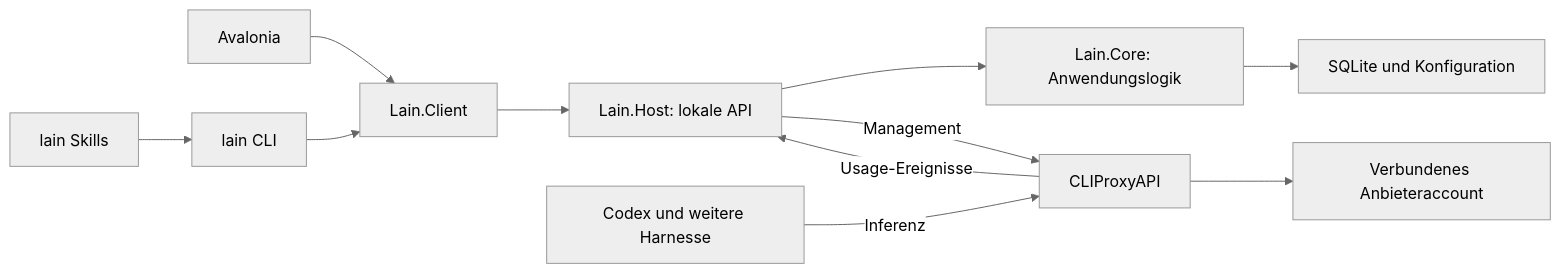
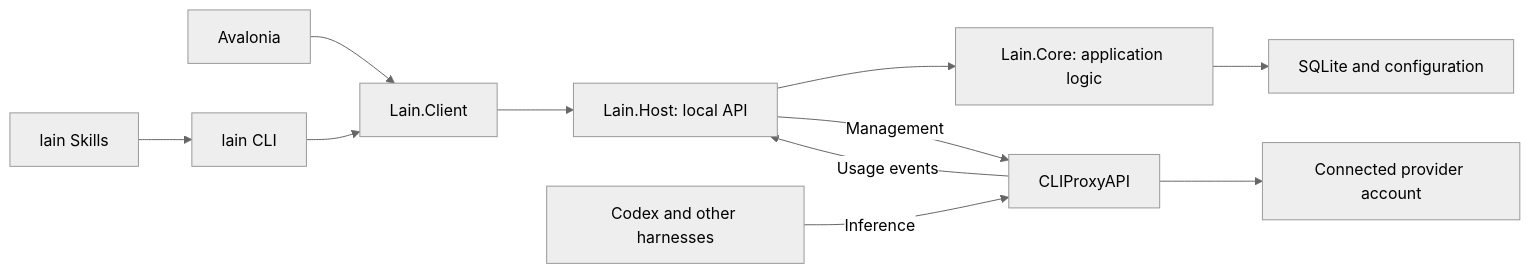
One commit to grassmann-it/lain changed the diagram in docs/architecture.md. Above: the diagram before and after it, drawn with Mermaid (neutral theme). The commit also changed other lines of this file and 87 other files, not shown here.

````diff
--- a/docs/architecture.md
+++ b/docs/architecture.md
@@ -43,13 +41,13 @@
 ```mermaid
 flowchart LR
   UI[Avalonia] --> Client[Lain.Client]
   Skill[lain Skills] --> CLI[lain CLI]
   CLI --> Client
-  Client --> Host[Lain.Host: lokale API]
-  Host --> Core[Lain.Core: Anwendungslogik]
-  Core --> Store[SQLite und Konfiguration]
+  Client --> Host[Lain.Host: local API]
+  Host --> Core[Lain.Core: application logic]
+  Core --> Store[SQLite and configuration]
   Host -->|Management| Proxy[CLIProxyAPI]
-  Proxy -->|Usage-Ereignisse| Host
-  Harness[Codex und weitere Harnesse] -->|Inferenz| Proxy
-  Proxy --> Provider[Verbundenes Anbieteraccount]
+  Proxy -->|Usage events| Host
+  Harness[Codex and other harnesses] -->|Inference| Proxy
+  Proxy --> Provider[Connected provider account]
 ```
````
